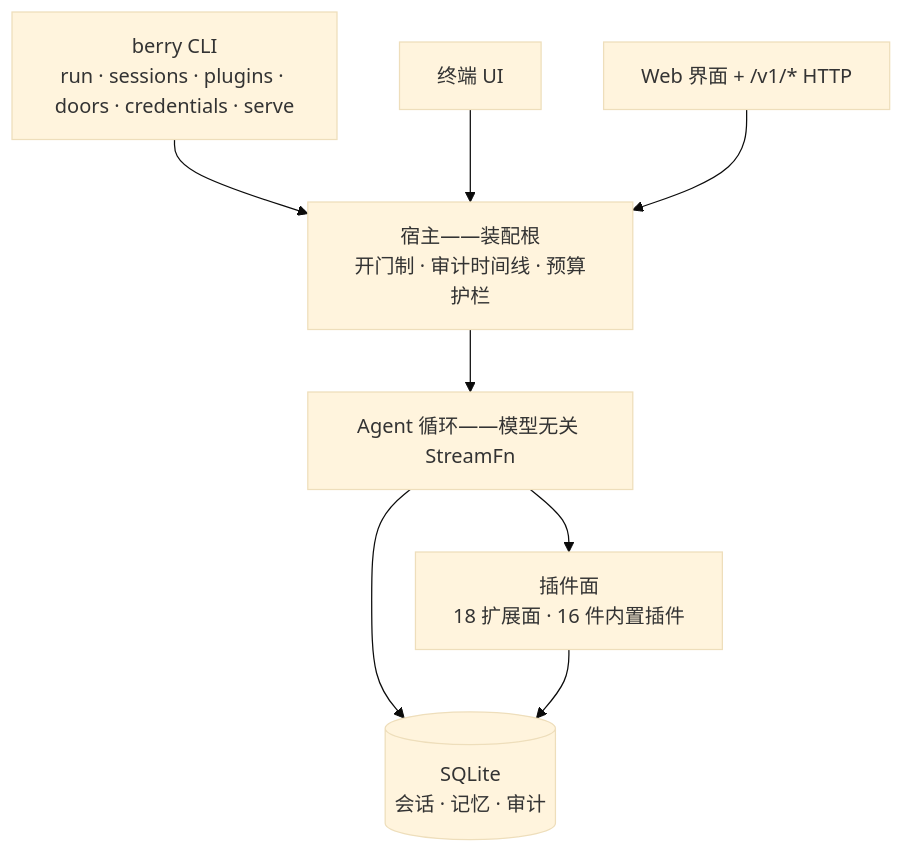
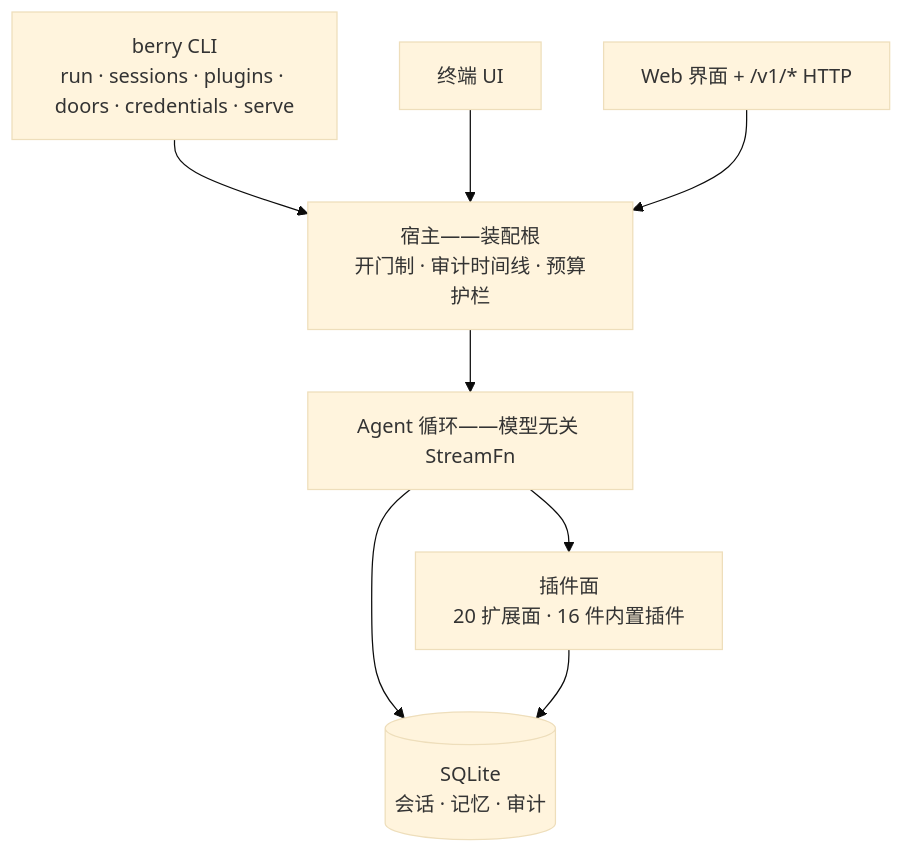
One commit to miuiadmin/berry-agent changed the diagram in README.zh.md. Above: the diagram before and after it, drawn with Mermaid (base theme). The commit also changed other lines of this file and 11 other files, not shown here.

````diff
--- a/README.zh.md
+++ b/README.zh.md
@@ -121,17 +121,17 @@
 ```mermaid
 graph TD
     CLI["berry CLI<br/>run · sessions · plugins · doors · credentials · serve"]
     TUI["终端 UI"]
     WEB["Web 界面 + /v1/* HTTP"]
     HOST["宿主——装配根<br/>开门制 · 审计时间线 · 预算护栏"]
     LOOP["Agent 循环——模型无关 StreamFn"]
-    PLUGINS["插件面<br/>18 扩展面 · 16 件内置插件"]
+    PLUGINS["插件面<br/>20 扩展面 · 16 件内置插件"]
     STORE[("SQLite<br/>会话 · 记忆 · 审计")]
     CLI --> HOST
     TUI --> HOST
     WEB --> HOST
     HOST --> LOOP
     LOOP --> PLUGINS
     LOOP --> STORE
     PLUGINS --> STORE
 ```
````
